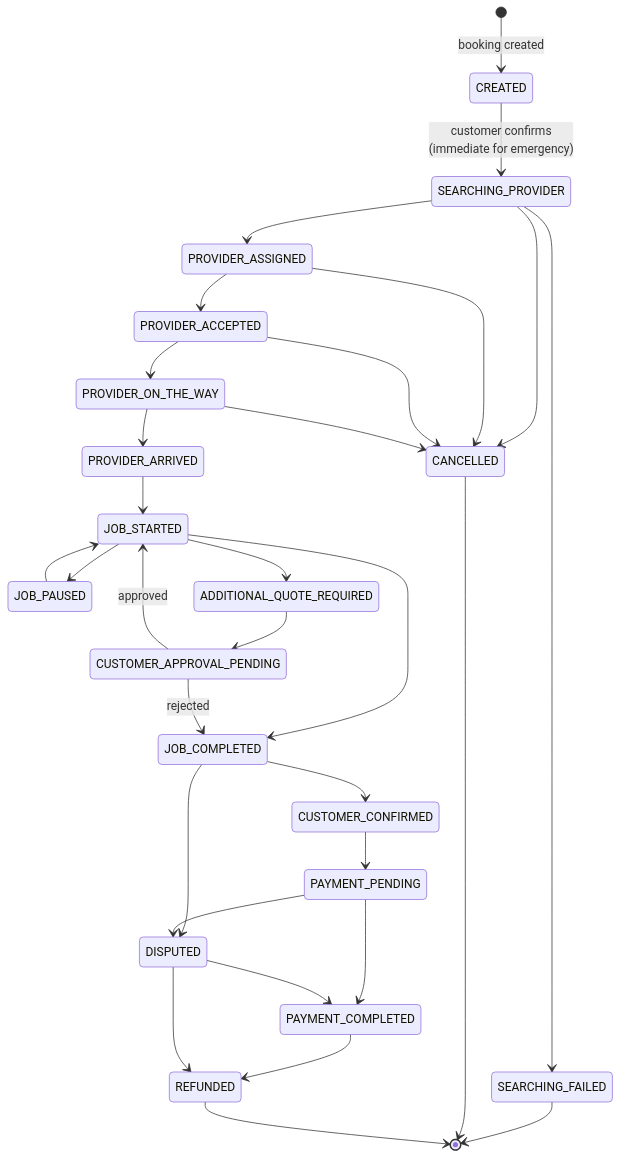
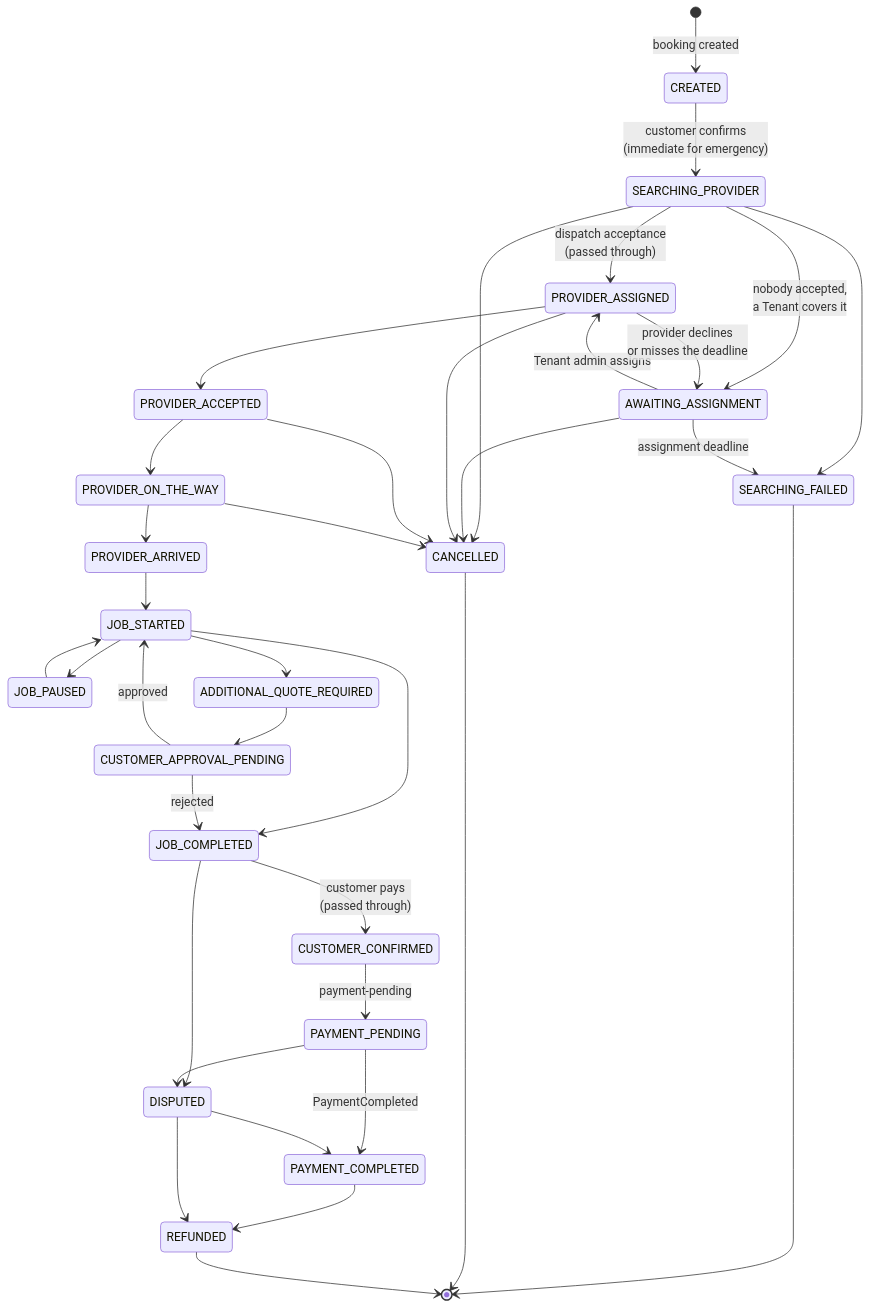
Diagram 20 of 28 in docs/ARCHITECTURE.md (KripaGIT009/home-fix), drawn with Mermaid before and after one commit. The commit also changed other lines of this file and 7 other files, not shown here.

````diff
--- a/docs/ARCHITECTURE.md
+++ b/docs/ARCHITECTURE.md
@@ -1078,33 +1269,38 @@
 ```mermaid
 stateDiagram-v2
     [*] --> CREATED: booking created
     CREATED --> SEARCHING_PROVIDER: customer confirms<br/>(immediate for emergency)
-    SEARCHING_PROVIDER --> PROVIDER_ASSIGNED
+    SEARCHING_PROVIDER --> PROVIDER_ASSIGNED: dispatch acceptance<br/>(passed through)
     SEARCHING_PROVIDER --> SEARCHING_FAILED
     SEARCHING_PROVIDER --> CANCELLED
+    SEARCHING_PROVIDER --> AWAITING_ASSIGNMENT: nobody accepted,<br/>a Tenant covers it
+    AWAITING_ASSIGNMENT --> PROVIDER_ASSIGNED: Tenant admin assigns
+    AWAITING_ASSIGNMENT --> SEARCHING_FAILED: assignment deadline
+    AWAITING_ASSIGNMENT --> CANCELLED
     PROVIDER_ASSIGNED --> PROVIDER_ACCEPTED
+    PROVIDER_ASSIGNED --> AWAITING_ASSIGNMENT: provider declines<br/>or misses the deadline
     PROVIDER_ASSIGNED --> CANCELLED
     PROVIDER_ACCEPTED --> PROVIDER_ON_THE_WAY
     PROVIDER_ACCEPTED --> CANCELLED
     PROVIDER_ON_THE_WAY --> PROVIDER_ARRIVED
     PROVIDER_ON_THE_WAY --> CANCELLED
     PROVIDER_ARRIVED --> JOB_STARTED
     JOB_STARTED --> JOB_PAUSED
     JOB_STARTED --> ADDITIONAL_QUOTE_REQUIRED
     JOB_STARTED --> JOB_COMPLETED
     JOB_PAUSED --> JOB_STARTED
     ADDITIONAL_QUOTE_REQUIRED --> CUSTOMER_APPROVAL_PENDING
     CUSTOMER_APPROVAL_PENDING --> JOB_STARTED: approved
     CUSTOMER_APPROVAL_PENDING --> JOB_COMPLETED: rejected
-    JOB_COMPLETED --> CUSTOMER_CONFIRMED
+    JOB_COMPLETED --> CUSTOMER_CONFIRMED: customer pays<br/>(passed through)
     JOB_COMPLETED --> DISPUTED
-    CUSTOMER_CONFIRMED --> PAYMENT_PENDING
-    PAYMENT_PENDING --> PAYMENT_COMPLETED
+    CUSTOMER_CONFIRMED --> PAYMENT_PENDING: payment-pending
+    PAYMENT_PENDING --> PAYMENT_COMPLETED: PaymentCompleted
     PAYMENT_PENDING --> DISPUTED
     PAYMENT_COMPLETED --> REFUNDED
     DISPUTED --> PAYMENT_COMPLETED
     DISPUTED --> REFUNDED
     SEARCHING_FAILED --> [*]
     CANCELLED --> [*]
     REFUNDED --> [*]
 ```
````
